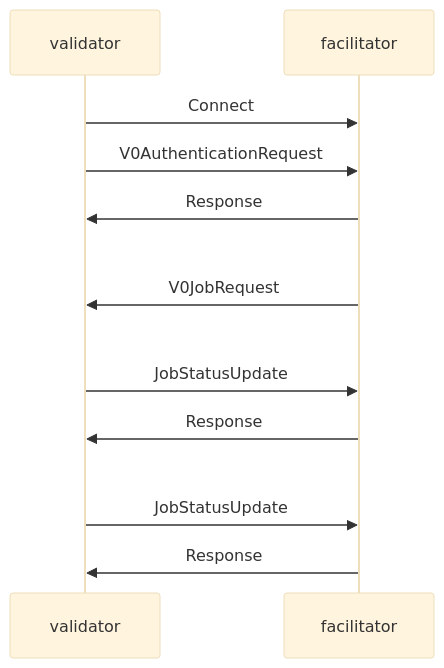
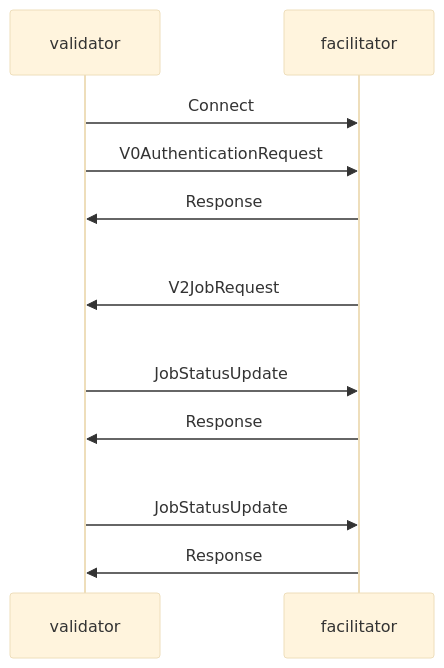
One commit to backend-developers-ltd/ComputeHorde changed the diagram in facilitator/README.md. Above: the diagram before and after it, drawn with Mermaid (base theme). The commit also changed other lines of this file and 10 other files, not shown here.

````diff
--- a/facilitator/README.md
+++ b/facilitator/README.md
@@ -14,16 +14,16 @@
 ```mermaid
 sequenceDiagram
     participant validator
     participant facilitator
 
     validator->>facilitator: Connect
     validator->>facilitator: V0AuthenticationRequest
     facilitator->>validator: Response
 
-    facilitator->>validator: <br/><br/>V0JobRequest
+    facilitator->>validator: <br/><br/>V2JobRequest
 
     validator->>facilitator: <br/><br/>JobStatusUpdate
     facilitator->>validator: Response
     validator->>facilitator: <br/><br/>JobStatusUpdate
     facilitator->>validator: Response
 ```
````
